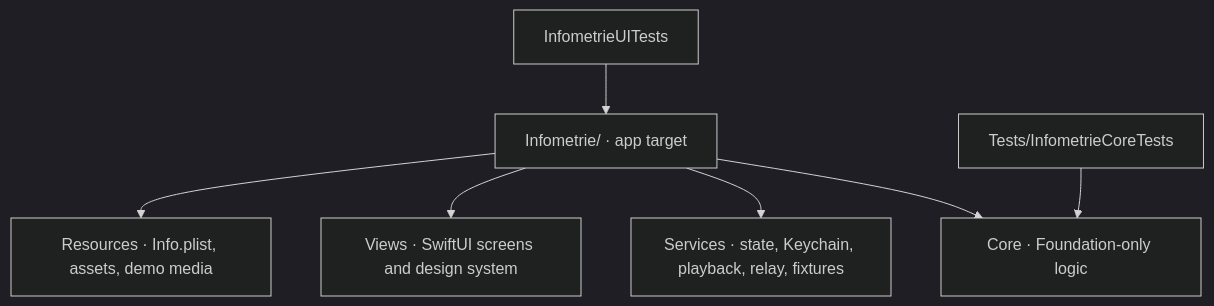
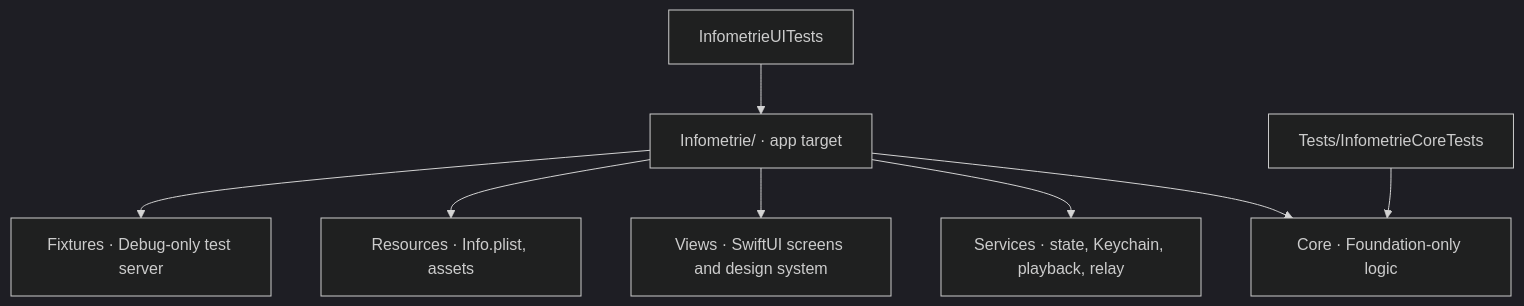
One commit to sutter/infometrie-ios-app changed the diagram in aidd_docs/memory/codebase-map.md. Above: the diagram before and after it, drawn with Mermaid (dark theme). The commit also changed other lines of this file and 37 other files, not shown here.

````diff
--- a/aidd_docs/memory/codebase-map.md
+++ b/aidd_docs/memory/codebase-map.md
@@ -5,9 +5,10 @@
 ```mermaid
 flowchart TD
     App["Infometrie/ · app target"] --> Core["Core · Foundation-only logic"]
-    App --> Services["Services · state, Keychain, playback, relay, fixtures"]
+    App --> Services["Services · state, Keychain, playback, relay"]
     App --> Views["Views · SwiftUI screens and design system"]
-    App --> Resources["Resources · Info.plist, assets, demo media"]
+    App --> Resources["Resources · Info.plist, assets"]
+    App --> Fixtures["Fixtures · Debug-only test server"]
     Tests["Tests/InfometrieCoreTests"] --> Core
     UITests["InfometrieUITests"] --> App
 ```
````
